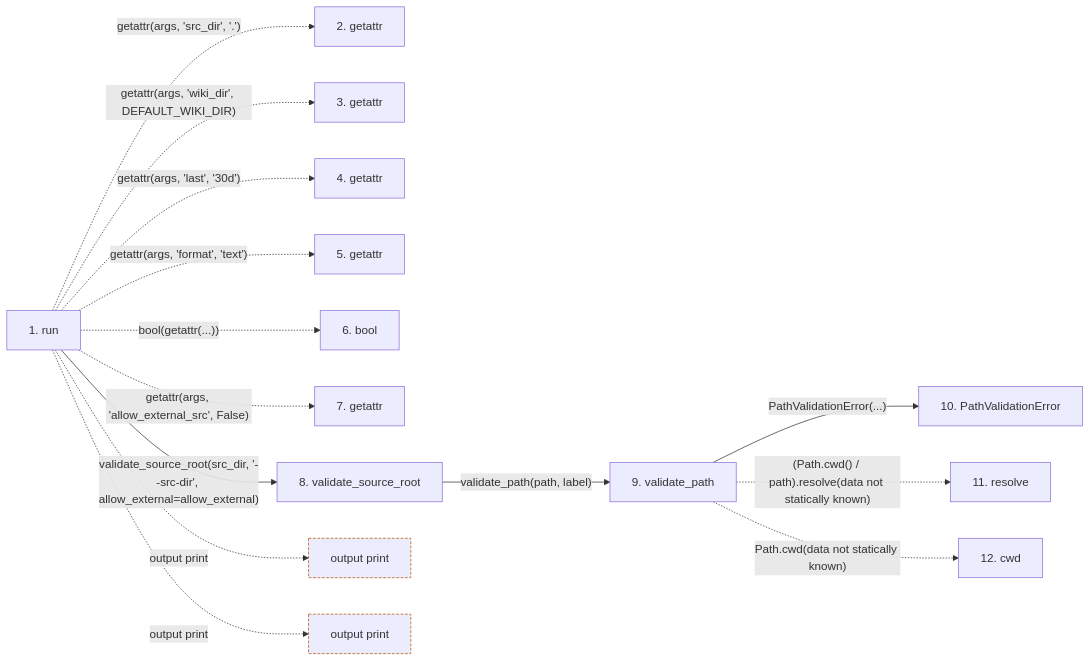
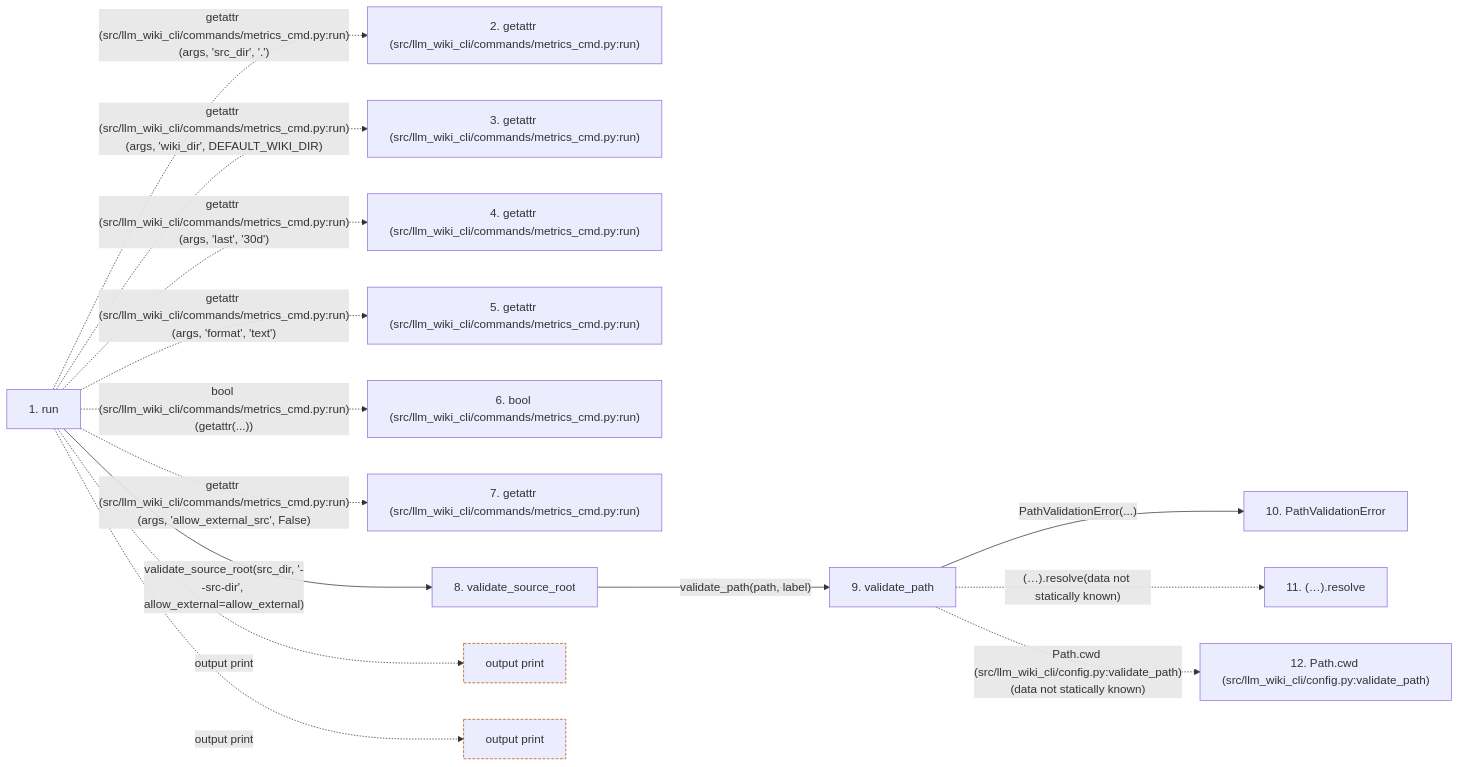
One commit to Denissvgn/python-wiki-llm changed the second of 2 diagrams in docs/llm_wiki/flows/cli-metrics.md. Above: the diagram before and after it, drawn with Mermaid. The commit also changed other lines of this file and 719 other files, not shown here.

````diff
--- a/docs/llm_wiki/flows/cli-metrics.md
+++ b/docs/llm_wiki/flows/cli-metrics.md
@@ -95,37 +99,37 @@
 ```mermaid
 flowchart LR
     s1["1. run"]
-    s2["2. getattr"]
-    s3["3. getattr"]
-    s4["4. getattr"]
-    s5["5. getattr"]
-    s6["6. bool"]
-    s7["7. getattr"]
+    s2["2. getattr (src/llm_wiki_cli/commands/metrics_cmd.py:run)"]
+    s3["3. getattr (src/llm_wiki_cli/commands/metrics_cmd.py:run)"]
+    s4["4. getattr (src/llm_wiki_cli/commands/metrics_cmd.py:run)"]
+    s5["5. getattr (src/llm_wiki_cli/commands/metrics_cmd.py:run)"]
+    s6["6. bool (src/llm_wiki_cli/commands/metrics_cmd.py:run)"]
+    s7["7. getattr (src/llm_wiki_cli/commands/metrics_cmd.py:run)"]
     s8["8. validate_source_root"]
     s9["9. validate_path"]
     s10["10. PathValidationError"]
-    s11["11. resolve"]
-    s12["12. cwd"]
-    s1 -. "getattr(args, 'src_dir', '.')" .-> s2
-    s1 -. "getattr(args, 'wiki_dir', DEFAULT_WIKI_DIR)" .-> s3
-    s1 -. "getattr(args, 'last', '30d')" .-> s4
-    s1 -. "getattr(args, 'format', 'text')" .-> s5
-    s1 -. "bool(getattr(...))" .-> s6
-    s1 -. "getattr(args, 'allow_external_src', False)" .-> s7
+    s11["11. (…).resolve"]
+    s12["12. Path.cwd (src/llm_wiki_cli/config.py:validate_path)"]
+    s1 -. "getattr (src/llm_wiki_cli/commands/metrics_cmd.py:run)(args, 'src_dir', '.')" .-> s2
+    s1 -. "getattr (src/llm_wiki_cli/commands/metrics_cmd.py:run)(args, 'wiki_dir', DEFAULT_WIKI_DIR)" .-> s3
+    s1 -. "getattr (src/llm_wiki_cli/commands/metrics_cmd.py:run)(args, 'last', '30d')" .-> s4
+    s1 -. "getattr (src/llm_wiki_cli/commands/metrics_cmd.py:run)(args, 'format', 'text')" .-> s5
+    s1 -. "bool (src/llm_wiki_cli/commands/metrics_cmd.py:run)(getattr(...))" .-> s6
+    s1 -. "getattr (src/llm_wiki_cli/commands/metrics_cmd.py:run)(args, 'allow_external_src', False)" .-> s7
     s1 -->|"validate_source_root(src_dir, '--src-dir', allow_external=allow_external)"| s8
     s8 -->|"validate_path(path, label)"| s9
     s9 -->|"PathValidationError(...)"| s10
-    s9 -. "(Path.cwd() / path).resolve(data not statically known)" .-> s11
-    s9 -. "Path.cwd(data not statically known)" .-> s12
+    s9 -. "(…).resolve(data not statically known)" .-> s11
+    s9 -. "Path.cwd (src/llm_wiki_cli/config.py:validate_path)(data not statically known)" .-> s12
     b0["output print"]
     s1 -. "output print" .-> b0
     b1["output print"]
     s1 -. "output print" .-> b1
     click s1 "../modules/metrics_cmd.md"
     click s8 "../modules/config.md"
     click s9 "../modules/config.md"
     click s10 "../modules/config.md"
     classDef boundary stroke:#b45309,stroke-dasharray: 4 2
     class b0 boundary
     class b1 boundary
 ```
````
